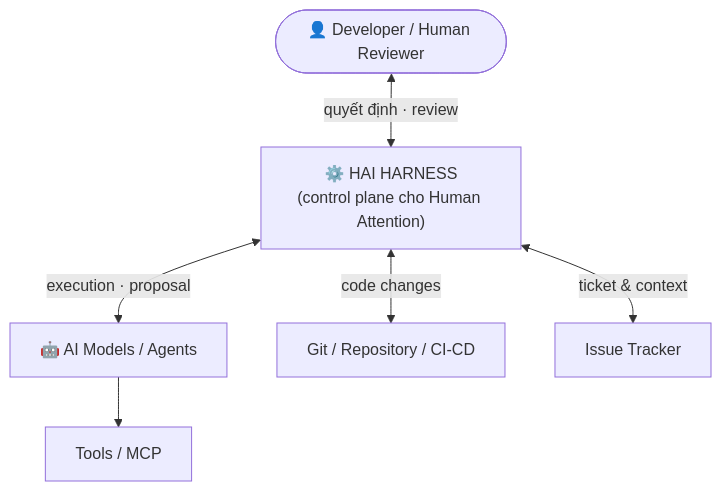
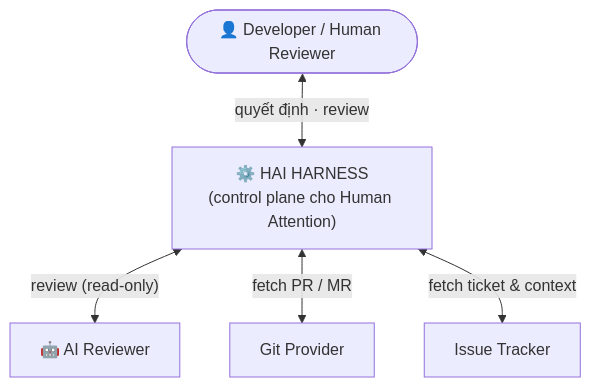
One commit to nbhson/app-human-attention-infrastructure changed the first of 8 diagrams in docs/summary/HAI_flow.md. Above: the diagram before and after it, drawn with Mermaid. The commit also changed other lines of this file and 232 other files, not shown here.

First line of the commit message:
feat(core): retire code-gen — review-only control plane

````diff
--- a/docs/summary/HAI_flow.md
+++ b/docs/summary/HAI_flow.md
@@ -12,8 +14,7 @@
 ```mermaid
 flowchart TB
     H(["👤 Developer / Human Reviewer"]) <-->|"quyết định · review"| HAI["⚙️ HAI HARNESS<br/>(control plane cho Human Attention)"]
-    HAI <-->|"execution · proposal"| AI["🤖 AI Models / Agents"]
-    HAI <-->|"code changes"| GIT["Git / Repository / CI-CD"]
-    HAI <-->|"ticket & context"| IT["Issue Tracker"]
-    AI --> TOOLS["Tools / MCP"]
+    HAI <-->|"review (read-only)"| AI["🤖 AI Reviewer"]
+    HAI <-->|"fetch PR / MR"| GIT["Git Provider"]
+    HAI <-->|"fetch ticket & context"| IT["Issue Tracker"]
 ```
````
